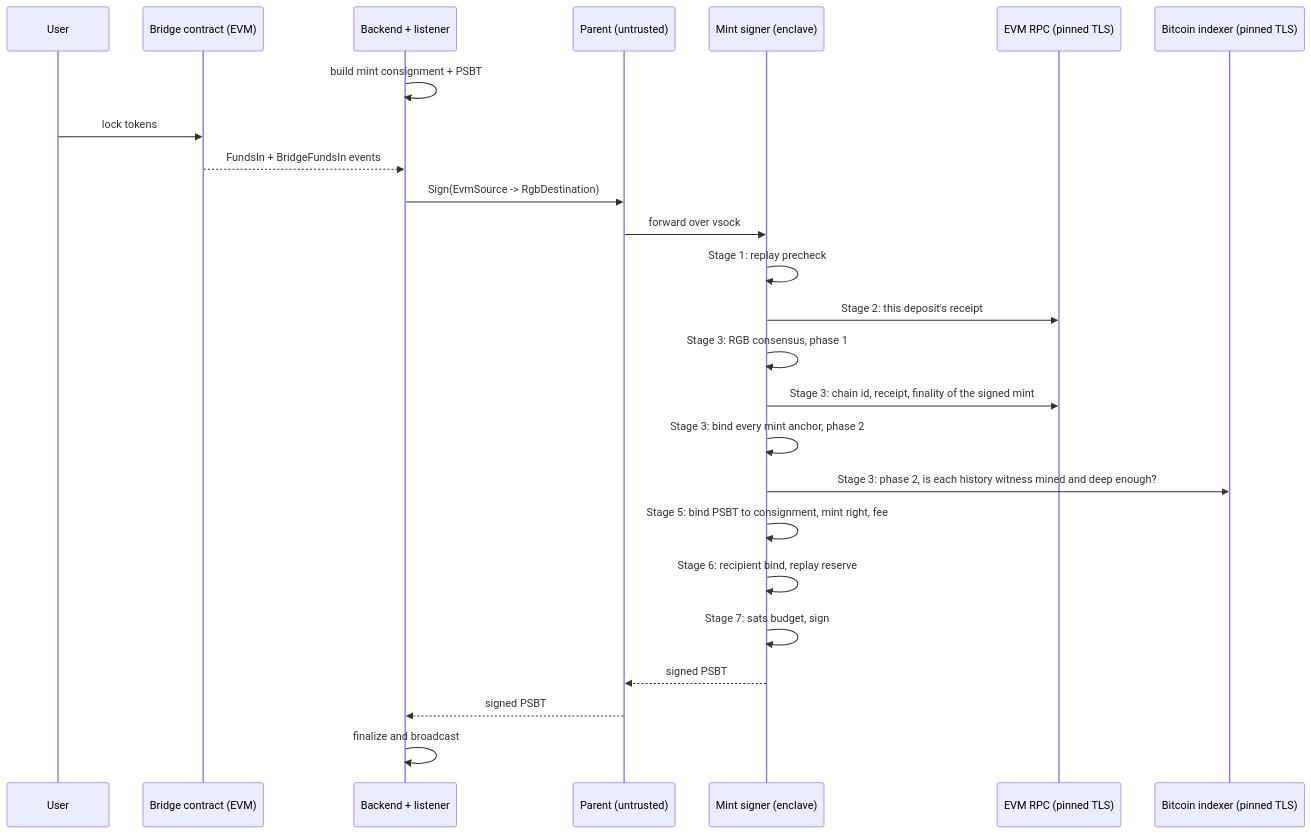
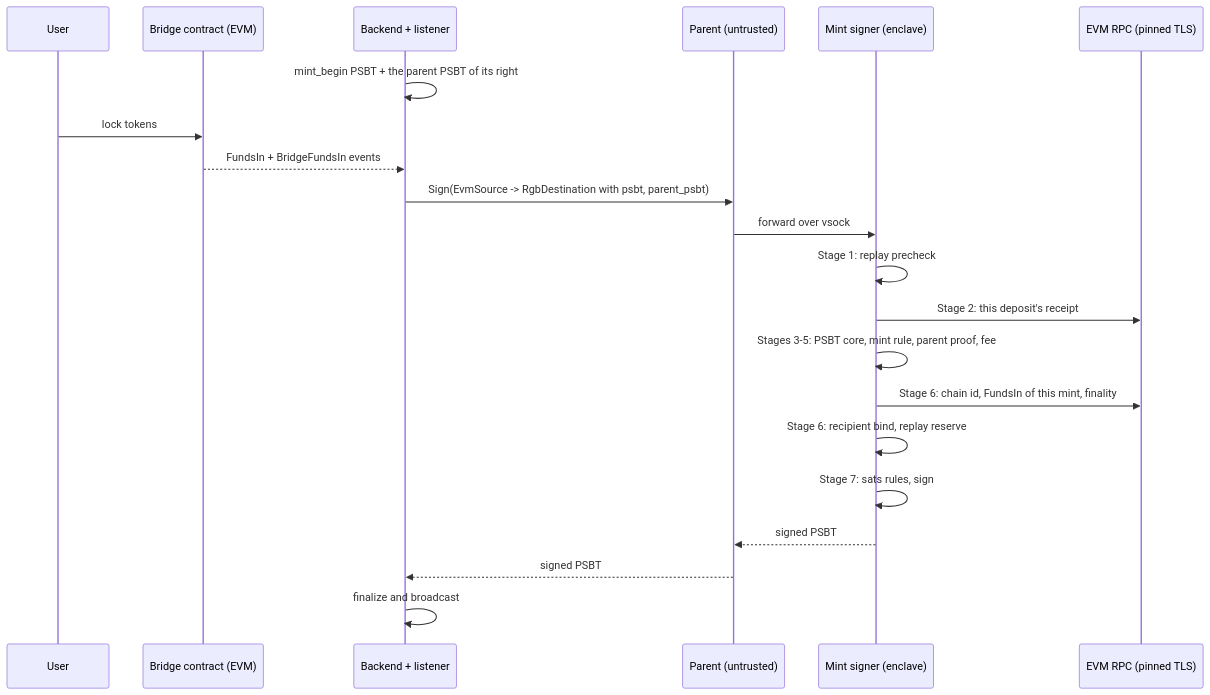
Before and after one commit to UTEXO-Protocol/enclave-signer: the diagram in docs/mint-flow.md, drawn with Mermaid. The commit also changed other lines of this file and 61 other files, not shown here.

````diff
--- a/docs/mint-flow.md
+++ b/docs/mint-flow.md
@@ -77,28 +73,24 @@
 ```mermaid
 sequenceDiagram
     participant U as User
     participant C as Bridge contract (EVM)
     participant L as Backend + listener
     participant P as Parent (untrusted)
     participant E as Mint signer (enclave)
     participant R as EVM RPC (pinned TLS)
-    participant I as Bitcoin indexer (pinned TLS)
 
-    L->>L: build mint consignment + PSBT
+    L->>L: mint_begin PSBT + the parent PSBT of its right
     U->>C: lock tokens
     C-->>L: FundsIn + BridgeFundsIn events
-    L->>P: Sign(EvmSource -> RgbDestination)
+    L->>P: Sign(EvmSource -> RgbDestination with psbt, parent_psbt)
     P->>E: forward over vsock
     E->>E: Stage 1: replay precheck
     E->>R: Stage 2: this deposit's receipt
-    E->>E: Stage 3: RGB consensus, phase 1
-    E->>R: Stage 3: chain id, receipt, finality of the signed mint
-    E->>E: Stage 3: bind every mint anchor, phase 2
-    E->>I: Stage 3: phase 2, is each history witness mined and deep enough?
-    E->>E: Stage 5: bind PSBT to consignment, mint right, fee
+    E->>E: Stages 3-5: PSBT core, mint rule, parent proof, fee
+    E->>R: Stage 6: chain id, FundsIn of this mint, finality
     E->>E: Stage 6: recipient bind, replay reserve
-    E->>E: Stage 7: sats budget, sign
+    E->>E: Stage 7: sats rules, sign
     E-->>P: signed PSBT
     P-->>L: signed PSBT
     L->>L: finalize and broadcast
 ```
````
